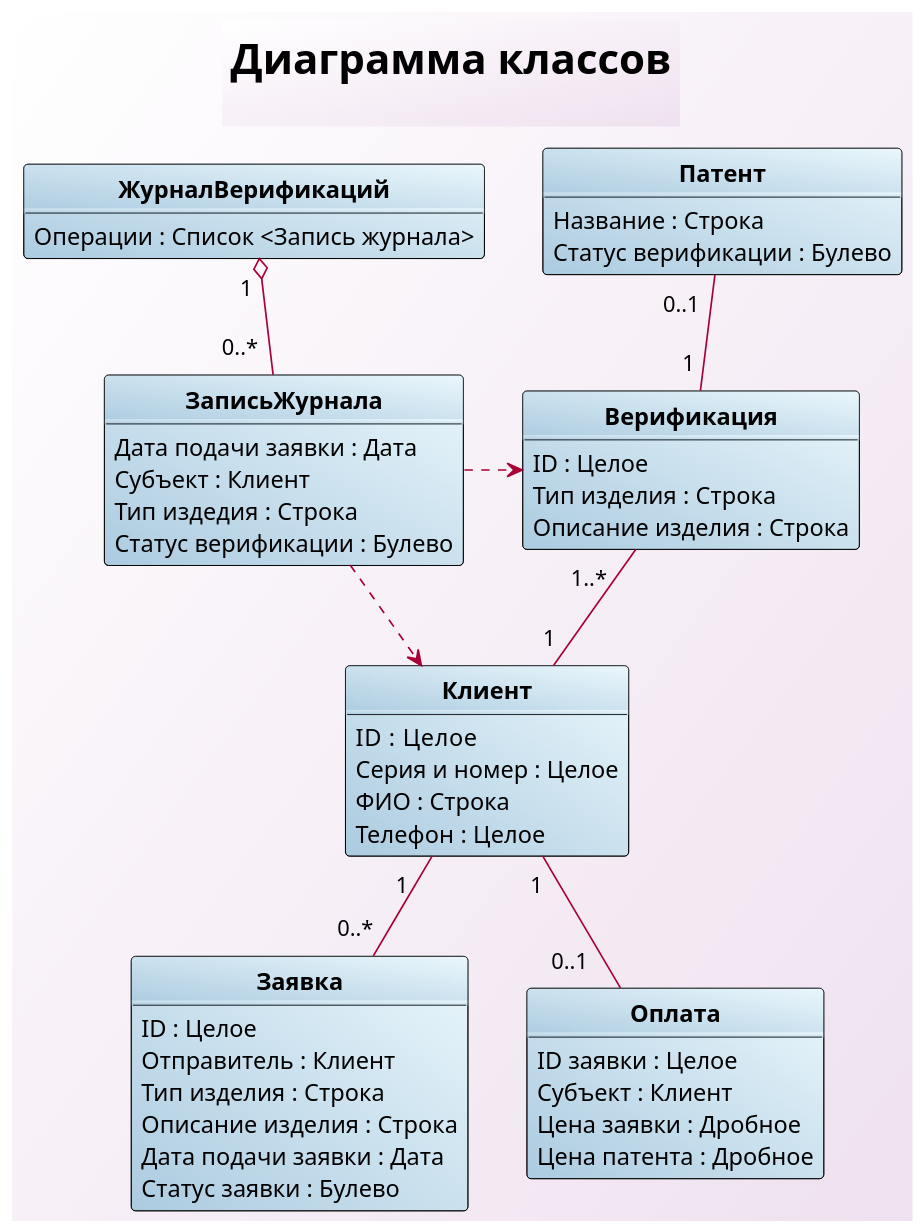
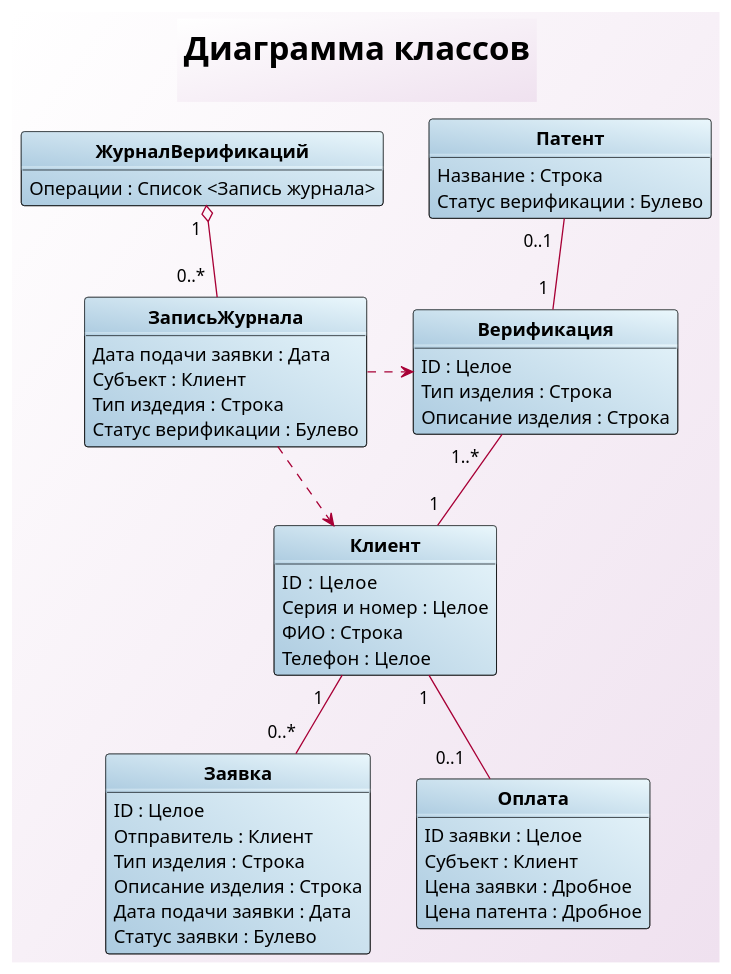
Before and after one commit to DenisFV/Architect: the diagram in UML/ClassDiagram.puml, drawn with PlantUML. The commit also changed 1 other file, not shown here.

Commit message:
Fix size class diagram

```diff
--- a/UML/ClassDiagram.puml
+++ b/UML/ClassDiagram.puml
@@ -1,81 +1,81 @@
 @startuml
-scale 1.4
+scale 1.1
 
 skinparam {
 backgroundColor white/#efe1ef
 
 classBackgroundColor #accbe0\#eaf7fc
 classbordercolor black
 
 arrowColor #A80036
 
 classFontSize 14
 classFontStyle bold
 classFontName Arial
 classAttributeFontSize 14
 classAttributeFontName calibri
 }
 
 title <size:25>**Диаграмма классов**</size>\n
 
 
 hide class methods
 hide class circle
 
 class Клиент {
     ID :  Целое
     Серия и номер : Целое
     ФИО : Строка
     Телефон : Целое
 }
 
 class Заявка {
     ID : Целое
     Отправитель : Клиент
     Тип изделия : Строка
     Описание изделия : Строка
     Дата подачи заявки : Дата
     Статус заявки : Булево
 }
 
 class ЗаписьЖурнала {
     Дата подачи заявки : Дата
     Субъект : Клиент
     Тип издедия : Строка
     Статус верификации : Булево
 }
 
 class ЖурналВерификаций {
     Операции : Список <Запись журнала>
 }
 
 class Верификация {
   ID : Целое
   Тип изделия : Строка
   Описание изделия : Строка
 }
 
 class Патент {
     Название : Строка
     Статус верификации : Булево
 }
 
 class Оплата {
     ID заявки : Целое
     Субъект : Клиент
     Цена заявки : Дробное
     Цена патента : Дробное
 }
 
 
 Клиент " 1   " -- " 0..* " Заявка
 Клиент " 1 " -- " 0..1    " Оплата
 
 Верификация " 1..*   " -- " 1 " Клиент
 ЗаписьЖурнала ..> Клиент
 ЗаписьЖурнала .> Верификация
 
 ЖурналВерификаций " 1 " o-- " 0..*  " ЗаписьЖурнала
 Патент " 0..1  " -- " 1 " Верификация
 
 @enduml
```
